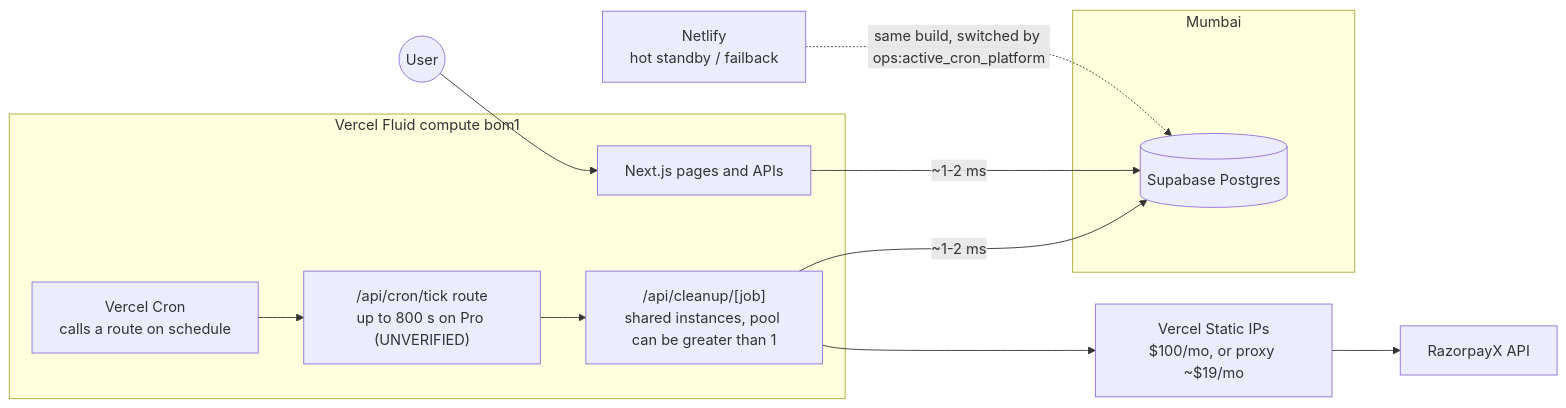
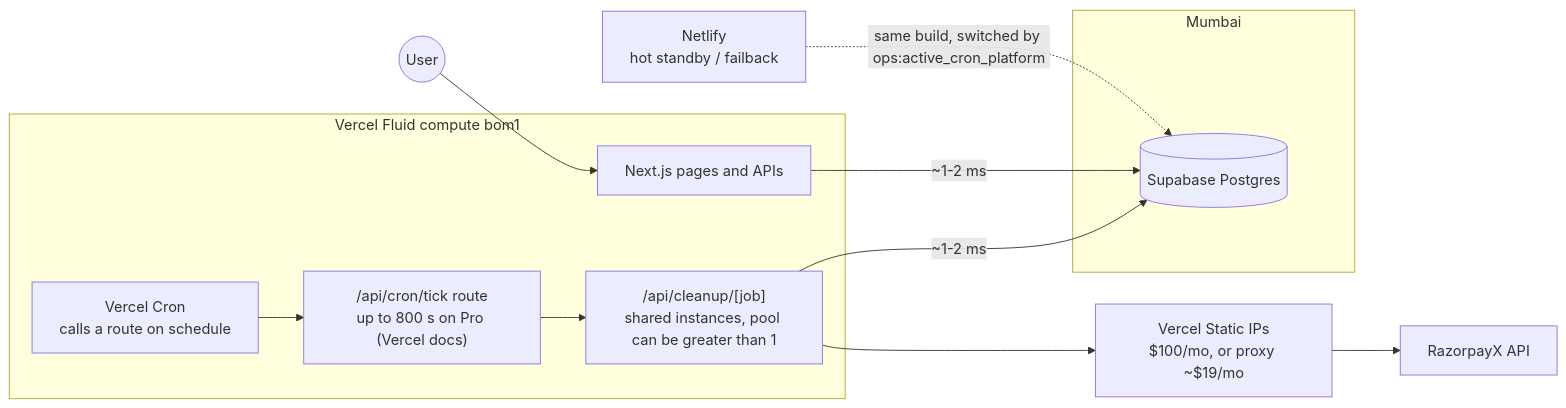
The second of 7 diagrams in docs/infrastructure/2026-10-31-job-runtime-system-designs.md (Practitionist/familiarise_web), drawn with Mermaid before and after one commit. The commit also changed 1 other file, not shown here.

Commit message:
docs(infrastructure): Vercel duration limits are confirmed by the Vercel docs

````diff
--- a/docs/infrastructure/2026-10-31-job-runtime-system-designs.md
+++ b/docs/infrastructure/2026-10-31-job-runtime-system-designs.md
@@ -74,21 +74,21 @@
 ```mermaid
 flowchart LR
   subgraph VC["Vercel Fluid compute bom1"]
     VCRON["Vercel Cron<br/>calls a route on schedule"]
-    TICK2["/api/cron/tick route<br/>up to 800 s on Pro (UNVERIFIED)"]
+    TICK2["/api/cron/tick route<br/>up to 800 s on Pro (Vercel docs)"]
     API2["/api/cleanup/[job]<br/>shared instances, pool can be greater than 1"]
     WEB2["Next.js pages and APIs"]
   end
   subgraph MUM2["Mumbai "]
     DB2[("Supabase Postgres")]
   end
   STATIC2["Vercel Static IPs<br/>$100/mo, or proxy ~$19/mo"]
   RZX2["RazorpayX API"]
   NETLIFY2["Netlify<br/>hot standby / failback"]
   USER2((User)) --> WEB2
   VCRON --> TICK2 --> API2
   API2 -- "~1-2 ms" --> DB2
   WEB2 -- "~1-2 ms" --> DB2
   API2 --> STATIC2 --> RZX2
   NETLIFY2 -. "same build, switched by ops:active_cron_platform" .-> DB2
 ```
````
